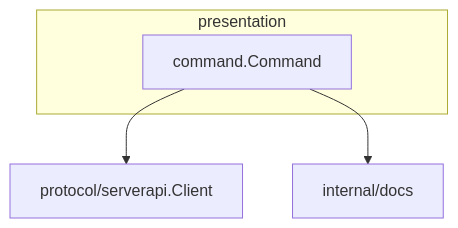
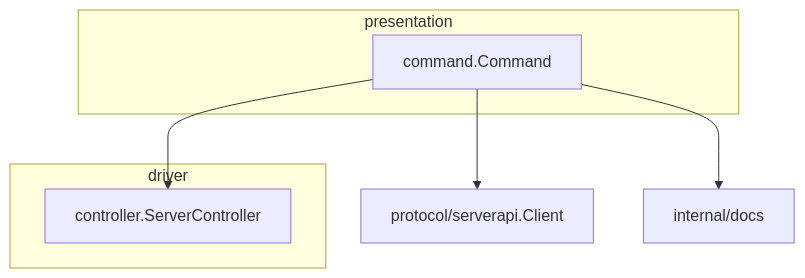
The fifth of 12 diagrams in docs/architecture.md (kakkky/gorviz), drawn with Mermaid before and after one commit. The commit also changed other lines of this file, not shown here.

Commit message:
docs: rework the architecture for the local tool with one gorviz binary holding the server and the cli, layer the agent injected into the app through an overlay, talk to it over one socket defined in agentsocket, and keep package names short with the details in type names

````diff
--- a/docs/architecture.md
+++ b/docs/architecture.md
@@ -272,11 +235,15 @@
 ```mermaid
 flowchart TD
     subgraph presentation["presentation"]
         Command["command.Command"]
     end
+    subgraph driver["driver"]
+        ServerController["controller.ServerController"]
+    end
     ServerAPIClient["protocol/serverapi.Client"]
     Docs["internal/docs"]
 
+    Command --> ServerController
     Command --> ServerAPIClient
     Command --> Docs
 ```
````
